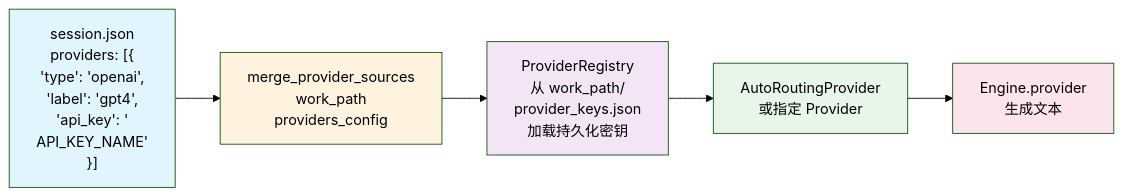
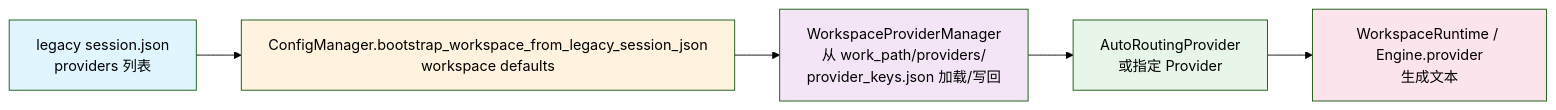
The third of 3 diagrams in docs/full-architecture-flow.md (Sparrived/SiriusChat), drawn with Mermaid (forest theme) before and after one commit. The commit also changed other lines of this file and 45 other files, not shown here.

````diff
--- a/docs/full-architecture-flow.md
+++ b/docs/full-architecture-flow.md
@@ -116,13 +120,13 @@
 ```mermaid
 flowchart LR
-    A["session.json<br/>providers: [{<br/>  'type': 'openai',<br/>  'label': 'gpt4',<br/>  'api_key': '<br/>  API_KEY_NAME'<br/>}]"] --> B["merge_provider_sources<br/>work_path<br/>providers_config"]
-    B --> B2["ProviderRegistry<br/>从 work_path/<br/>provider_keys.json<br/>加载持久化密钥"]
-    B2 --> C["AutoRoutingProvider<br/>或指定 Provider"]
-    C --> D["Engine.provider<br/>生成文本"]
+  A["legacy session.json<br/>providers 列表"] --> B["ConfigManager.bootstrap_workspace_from_legacy_session_json<br/>workspace defaults"]
+  B --> B2["WorkspaceProviderManager<br/>从 work_path/providers/<br/>provider_keys.json 加载/写回"]
+  B2 --> C["AutoRoutingProvider<br/>或指定 Provider"]
+  C --> D["WorkspaceRuntime / Engine.provider<br/>生成文本"]
 
     style A fill:#e1f5ff
     style B fill:#fff3e0
     style B2 fill:#f3e5f5
     style C fill:#e8f5e9
     style D fill:#fce4ec
 ```
````
